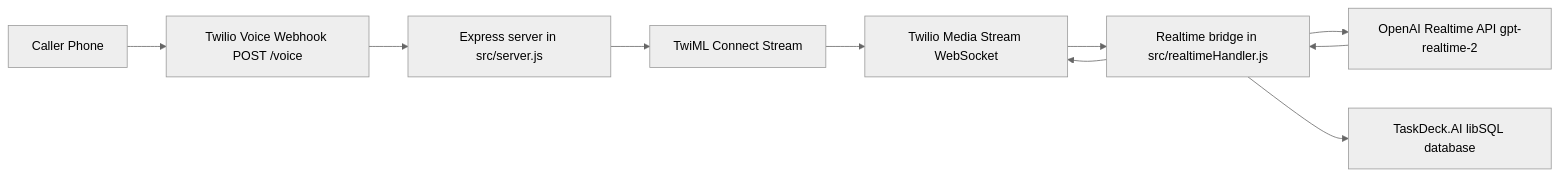
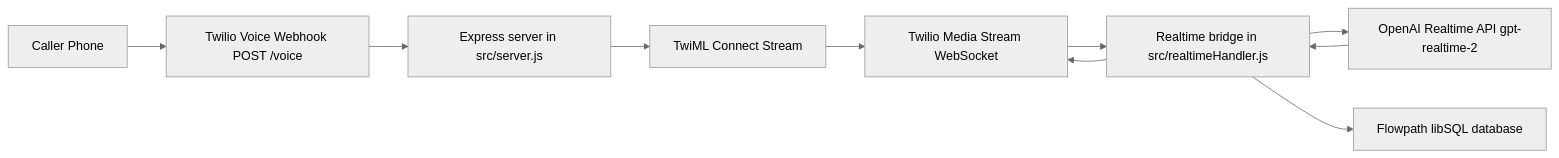
One commit to tommyd2377/voice-ai-system changed the diagram in README.md. Above: the diagram before and after it, drawn with Mermaid (neutral theme). The commit also changed other lines of this file and 3 other files, not shown here.

Commit message:
Refine Victoria Flowpath branding and self-call pronouns

````diff
--- a/README.md
+++ b/README.md
@@ -55,12 +55,12 @@
 ```mermaid
 flowchart LR
   A[Caller Phone] --> B[Twilio Voice Webhook POST /voice]
   B --> C[Express server in src/server.js]
   C --> D[TwiML Connect Stream]
   D --> E[Twilio Media Stream WebSocket]
   E --> F[Realtime bridge in src/realtimeHandler.js]
   F --> G[OpenAI Realtime API gpt-realtime-2]
   G --> F
   F --> E
-  F --> J[TaskDeck.AI libSQL database]
+  F --> J[Flowpath libSQL database]
 ```
````
